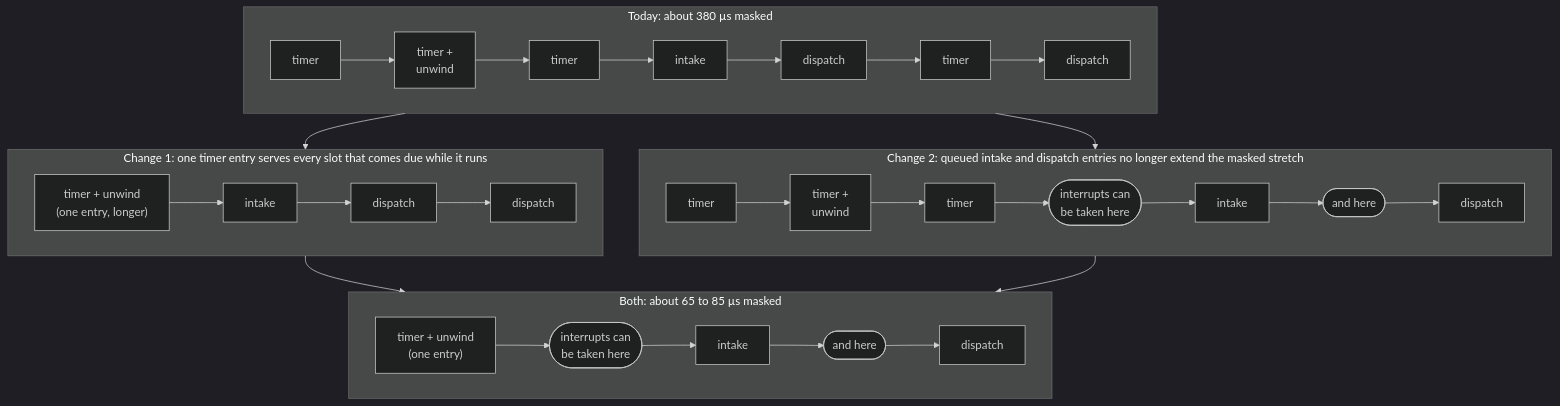
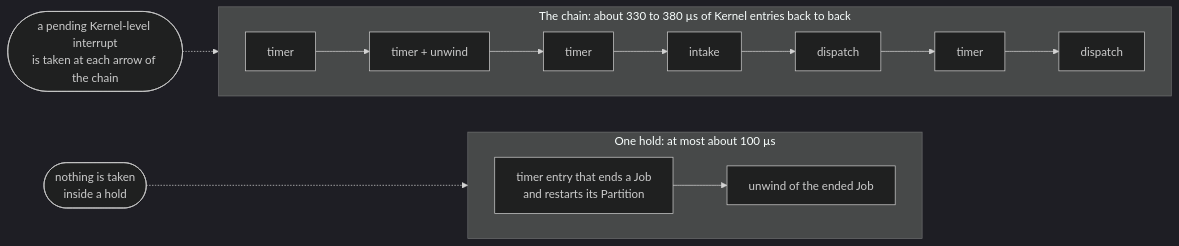
One commit to mars2292-umn/Kiro-experimentation changed diagram 12 of 12 in IronOxide/docs/diagrams_runtime.md. Above: the diagram before and after it, drawn with Mermaid (dark theme). The commit also changed other lines of this file and 14 other files, not shown here.

First line of the commit message:
IronOxide: L_kernel from the hold (one handler and its unwind), not from the span of entries back to back (2026-11-21)

````diff
--- a/IronOxide/docs/diagrams_runtime.md
+++ b/IronOxide/docs/diagrams_runtime.md
@@ -313,23 +313,13 @@
 ```mermaid
-flowchart TB
-    subgraph NOW["Today: about 380 µs masked"]
+flowchart LR
+    subgraph CH["The chain: about 330 to 380 µs of Kernel entries back to back"]
         direction LR
-        N1["timer"] --> N2["timer +<br/>unwind"] --> N3["timer"] --> N4["intake"] --> N5["dispatch"] --> N6["timer"] --> N7["dispatch"]
+        H1["timer"] --> H2["timer + unwind"] --> H3["timer"] --> H4["intake"] --> H5["dispatch"] --> H6["timer"] --> H7["dispatch"]
     end
-    subgraph C1["Change 1: one timer entry serves every slot that comes due while it runs"]
+    subgraph HO["One hold: at most about 100 µs"]
         direction LR
-        A1["timer + unwind<br/>(one entry, longer)"] --> A4["intake"] --> A5["dispatch"] --> A7["dispatch"]
+        G1["timer entry that ends a Job<br/>and restarts its Partition"] --> G2["unwind of the ended Job"]
     end
-    subgraph C2["Change 2: queued intake and dispatch entries no longer extend the masked stretch"]
-        direction LR
-        B1["timer"] --> B2["timer +<br/>unwind"] --> B3["timer"] --> BG(["interrupts can<br/>be taken here"]) --> B4["intake"] --> BH(["and here"]) --> B5["dispatch"]
-    end
-    subgraph BOTH["Both: about 65 to 85 µs masked"]
-        direction LR
-        X1["timer + unwind<br/>(one entry)"] --> XG(["interrupts can<br/>be taken here"]) --> X4["intake"] --> XH(["and here"]) --> X5["dispatch"]
-    end
-    NOW --> C1
-    NOW --> C2
-    C1 --> BOTH
-    C2 --> BOTH
+    P(["a pending Kernel-level interrupt<br/>is taken at each arrow of the chain"]) -.-> CH
+    Q(["nothing is taken<br/>inside a hold"]) -.-> HO
 ```
````
